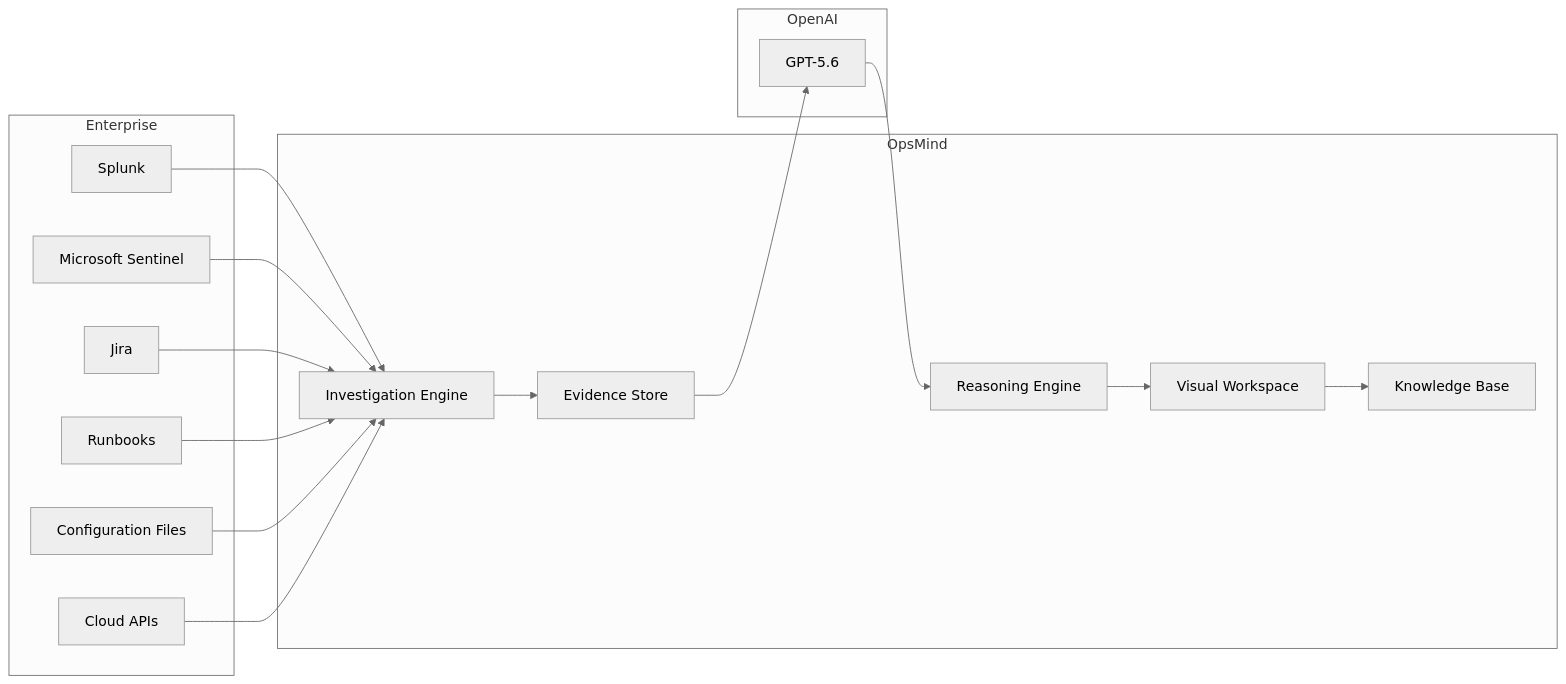
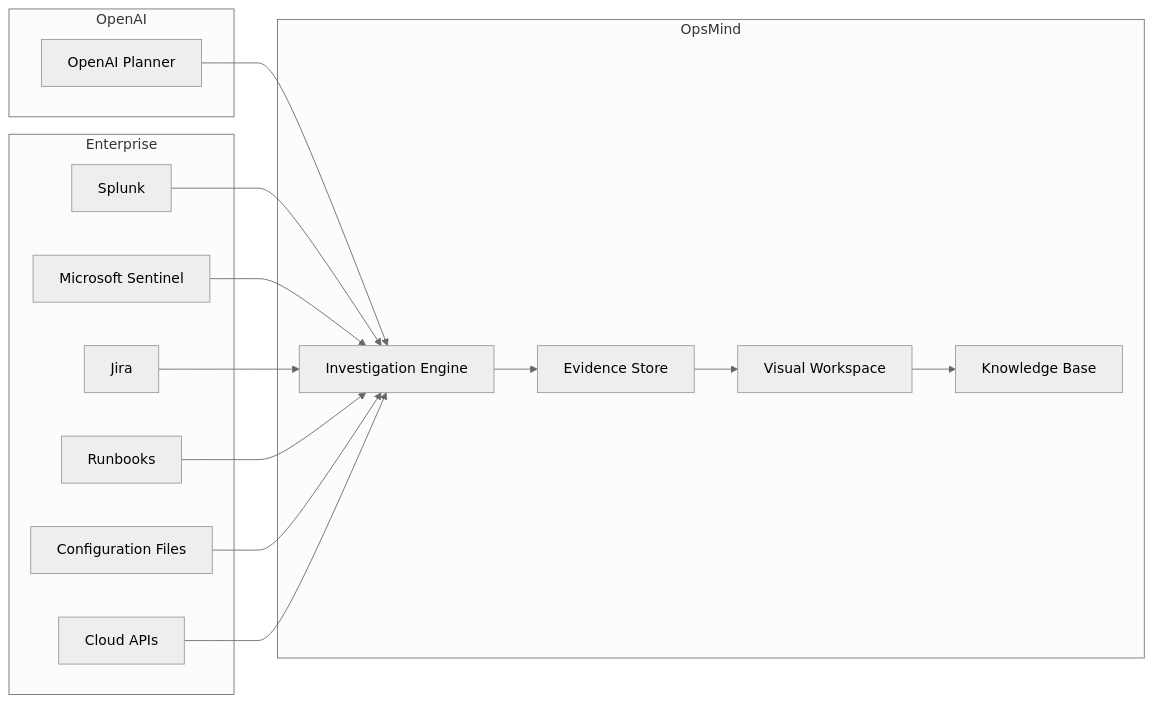
Before and after one commit to HungryBrain-bot/opsmind-hackathon: the fifth of 6 diagrams in README.md, drawn with Mermaid (neutral theme). The commit also changed other lines of this file, not shown here.

````diff
--- a/README.md
+++ b/README.md
@@ -383,37 +399,36 @@
 ```mermaid
 flowchart LR
 
 subgraph Enterprise
 A[Splunk]
 B[Microsoft Sentinel]
 C[Jira]
 D[Runbooks]
 E[Configuration Files]
 F[Cloud APIs]
 end
 
+subgraph OpenAI
+L[OpenAI Planner]
+end
+
 subgraph OpsMind
 G[Investigation Engine]
 H[Evidence Store]
-I[Reasoning Engine]
 J[Visual Workspace]
 K[Knowledge Base]
 end
 
-subgraph OpenAI
-L[GPT-5.6]
-end
+L --> G
 
 A --> G
 B --> G
 C --> G
 D --> G
 E --> G
 F --> G
 
 G --> H
-H --> L
-L --> I
-I --> J
+H --> J
 J --> K
 ```
````
